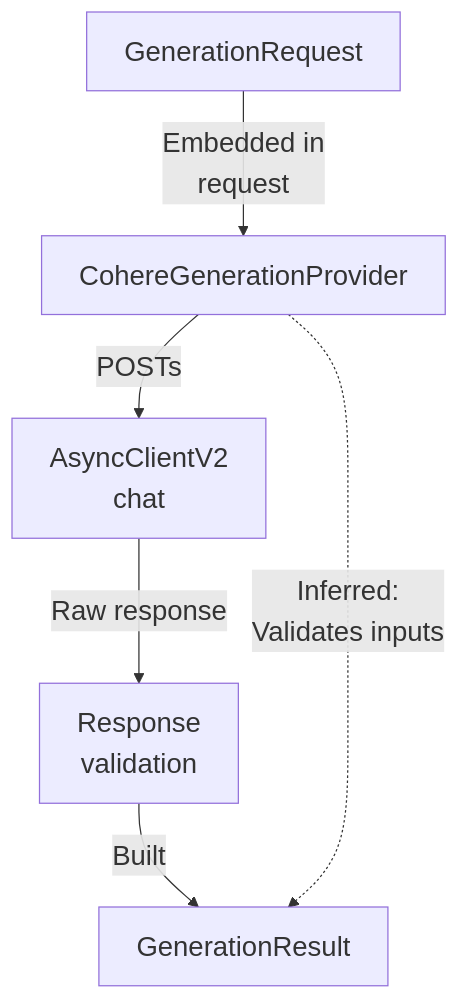
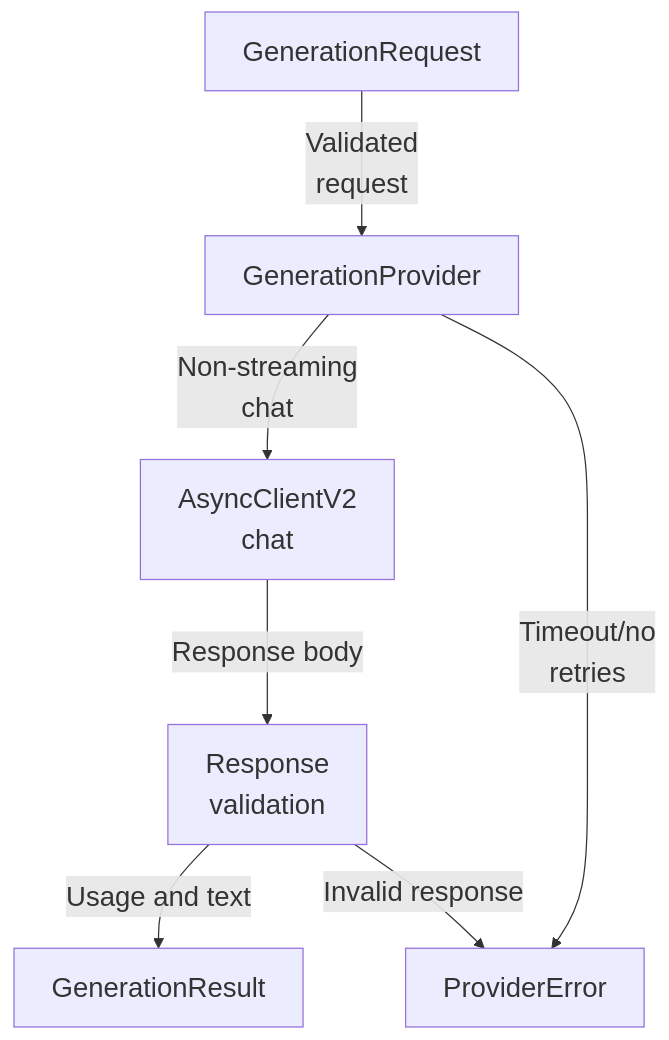
The diagram in maps/answers/diagram-03.mmd (Justin-Mendoza/Afterclass), drawn with Mermaid before and after one commit. The commit also changed 83 other files, not shown here.

```diff
--- a/maps/answers/diagram-03.mmd
+++ b/maps/answers/diagram-03.mmd
@@ -1,12 +1,14 @@
 %%{init: {"themeVariables": {"fontSize": "22px"}}}%%
 flowchart TD
   n0["GenerationRequest"]
-  n1["CohereGenerationProvider"]
+  n1["GenerationProvider"]
   n2["AsyncClientV2<br/>chat"]
   n3["Response<br/>validation"]
   n4["GenerationResult"]
-  n0 -->|"Embedded in<br/>request"| n1
-  n1 -->|"POSTs"| n2
-  n2 -->|"Raw response"| n3
-  n3 -->|"Built"| n4
-  n1 -.->|"Inferred:<br/>Validates inputs"| n4
+  n5["ProviderError"]
+  n0 -->|"Validated<br/>request"| n1
+  n1 -->|"Non-streaming<br/>chat"| n2
+  n2 -->|"Response body"| n3
+  n3 -->|"Usage and text"| n4
+  n1 -->|"Timeout/no<br/>retries"| n5
+  n3 -->|"Invalid response"| n5
```
